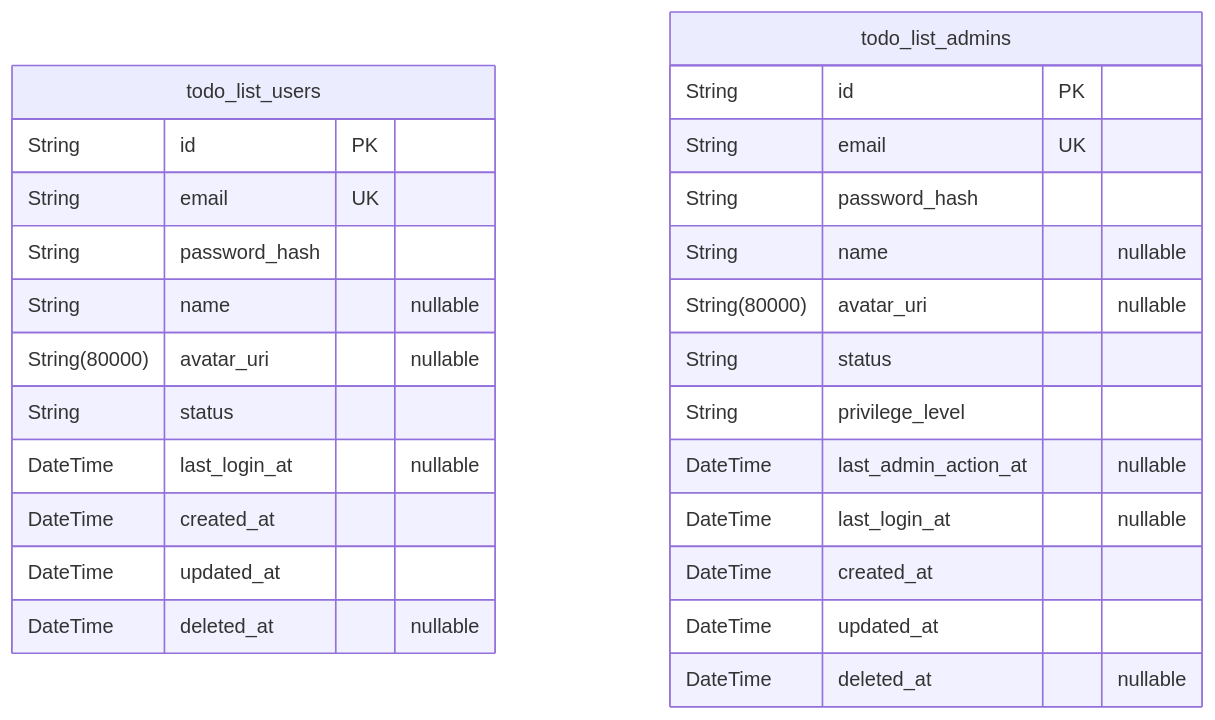
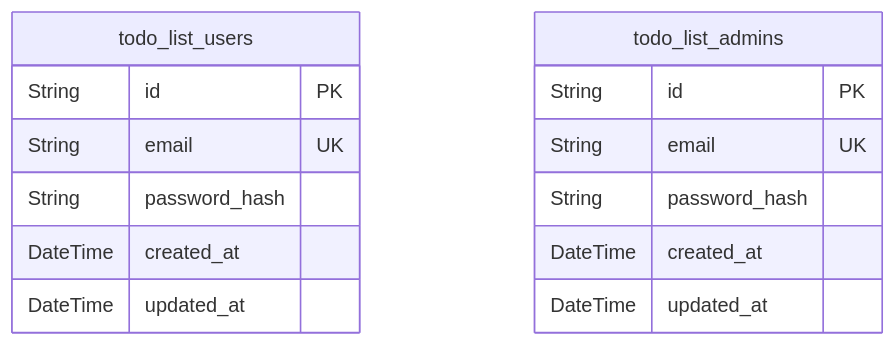
The first of 2 diagrams in docs/ERD.md (wrtnlabs/autobe-example-todo-openai-gpt-4.1), drawn with Mermaid before and after one commit. The commit also changed other lines of this file and 127 other files, not shown here.

````diff
--- a/docs/ERD.md
+++ b/docs/ERD.md
@@ -10,29 +10,17 @@
 ```mermaid
 erDiagram
 "todo_list_users" {
   String id PK
   String email UK
   String password_hash
-  String name "nullable"
-  String(80000) avatar_uri "nullable"
-  String status
-  DateTime last_login_at "nullable"
   DateTime created_at
   DateTime updated_at
-  DateTime deleted_at "nullable"
 }
 "todo_list_admins" {
   String id PK
   String email UK
   String password_hash
-  String name "nullable"
-  String(80000) avatar_uri "nullable"
-  String status
-  String privilege_level
-  DateTime last_admin_action_at "nullable"
-  DateTime last_login_at "nullable"
   DateTime created_at
   DateTime updated_at
-  DateTime deleted_at "nullable"
 }
 ```
````
